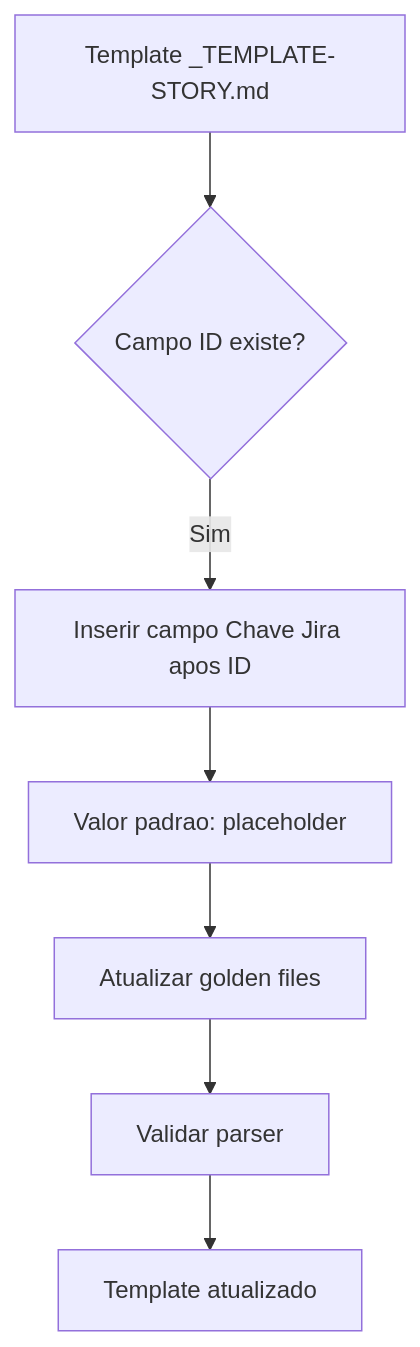
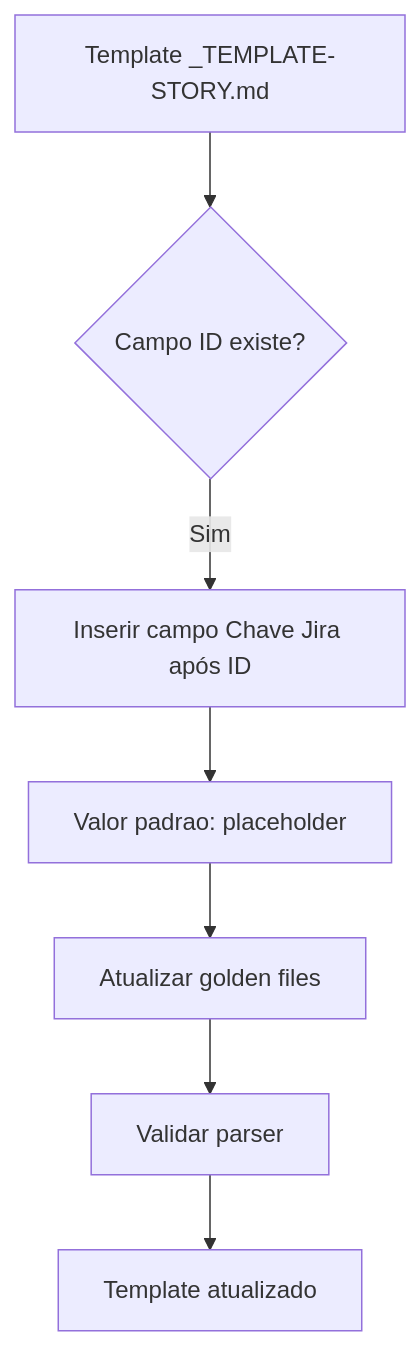
Before and after one commit to edercnj/ia-dev-environment: the first of 2 diagrams in docs/stories/epic-0011/story-0011-0001.md, drawn with Mermaid. The commit also changed other lines of this file and 14 other files, not shown here.

````diff
--- a/docs/stories/epic-0011/story-0011-0001.md
+++ b/docs/stories/epic-0011/story-0011-0001.md
@@ -66,9 +66,9 @@
 ```mermaid
 graph TD
     A[Template _TEMPLATE-STORY.md] --> B{Campo ID existe?}
-    B -->|Sim| C[Inserir campo Chave Jira apos ID]
+    B -->|Sim| C[Inserir campo Chave Jira após ID]
     C --> D[Valor padrao: placeholder]
     D --> E[Atualizar golden files]
     E --> F[Validar parser]
     F --> G[Template atualizado]
 ```
````
